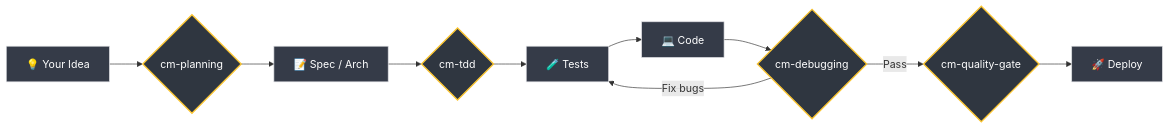
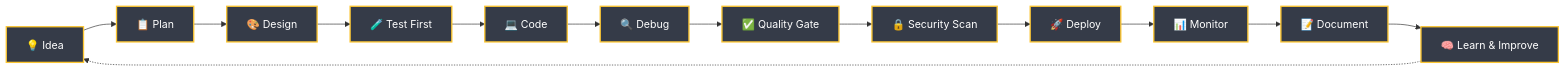
Before and after one commit to tody-agent/codymaster: the second of 3 diagrams in README.md, drawn with Mermaid. The commit also changed other lines of this file and 15 other files, not shown here.

Commit message:
docs: rewrite README with strong differentiators, mermaid workflows, comparison table; enhance story page narrative

````diff
--- a/README.md
+++ b/README.md
@@ -147,16 +77,17 @@
 ```mermaid
 graph LR
-    A["💡 Your Idea"] --> B{"cm-planning"}
-    B --> C["📝 Spec / Arch"]
-    C --> D{"cm-tdd"}
-    D --> E["🧪 Tests"]
-    E --> F["💻 Code"]
-    F --> G{"cm-debugging"}
-    G -- "Fix bugs" --> E
-    G -- "Pass" --> H{"cm-quality-gate"}
+    A["💡 Idea"] --> B["📋 Plan"]
+    B --> C["🎨 Design"]
+    C --> D["🧪 Test First"]
+    D --> E["💻 Code"]
+    E --> F["🔍 Debug"]
+    F --> G["✅ Quality Gate"]
+    G --> H["🔒 Security Scan"]
     H --> I["🚀 Deploy"]
-    classDef ai fill:#2f3640,stroke:#fbc531,stroke-width:2px,color:#fff;
-    classDef default fill:#353b48,stroke:#dcdde1,stroke-width:1px,color:#fff;
-    class A,C,E,F,I default;
-    class B,D,G,H ai;
+    I --> J["📊 Monitor"]
+    J --> K["📝 Document"]
+    K --> L["🧠 Learn & Improve"]
+    L -.-> A
+    classDef phase fill:#353b48,stroke:#fbc531,stroke-width:2px,color:#fff;
+    class A,B,C,D,E,F,G,H,I,J,K,L phase;
 ```
````
